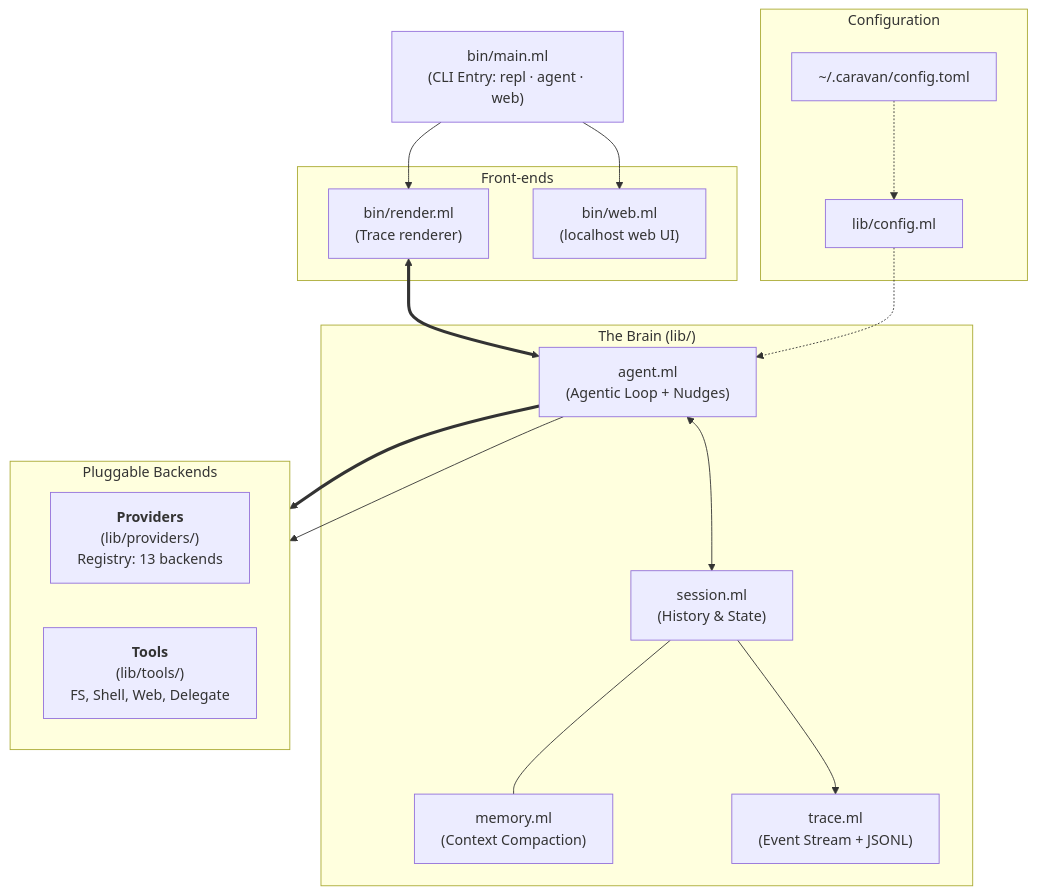
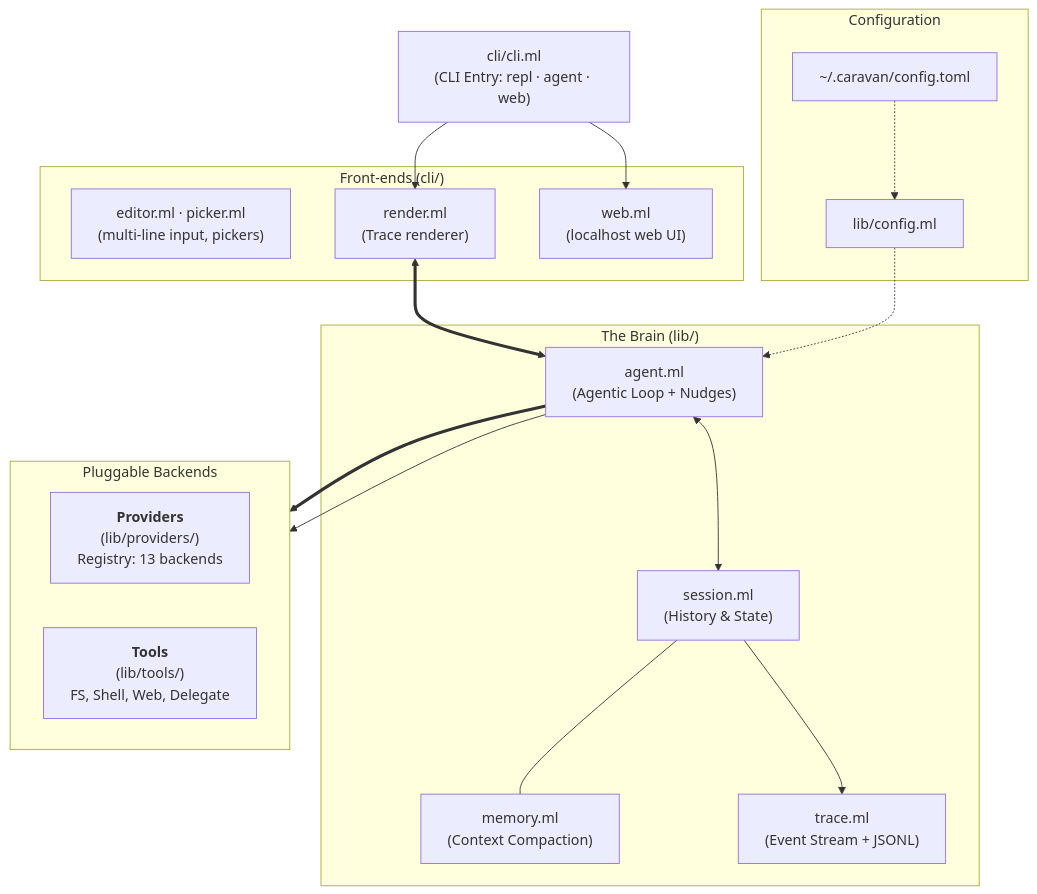
One commit to adukhan99/OrchCaml changed the diagram in README.md. Above: the diagram before and after it, drawn with Mermaid. The commit also changed 16 other files, not shown here.

First line of the commit message:
refactor: front-end becomes a library so the CLI layer is testable

````diff
--- a/README.md
+++ b/README.md
@@ -373,38 +373,39 @@
 ```mermaid
 flowchart TB
-    Entry["bin/main.ml<br/>(CLI Entry: repl · agent · web)"]
+    Entry["cli/cli.ml<br/>(CLI Entry: repl · agent · web)"]
 
-    subgraph UI_Layer ["Front-ends"]
-        Render["bin/render.ml<br/>(Trace renderer)"]
-        WebUI["bin/web.ml<br/>(localhost web UI)"]
+    subgraph UI_Layer ["Front-ends (cli/)"]
+        Editor["editor.ml · picker.ml<br/>(multi-line input, pickers)"]
+        Render["render.ml<br/>(Trace renderer)"]
+        WebUI["web.ml<br/>(localhost web UI)"]
     end
 
     subgraph Orchestrator ["The Brain (lib/)"]
         Agent["agent.ml<br/>(Agentic Loop + Nudges)"]
         Session["session.ml<br/>(History & State)"]
         Memory["memory.ml<br/>(Context Compaction)"]
         Trace["trace.ml<br/>(Event Stream + JSONL)"]
     end
 
     subgraph Interface ["Pluggable Backends"]
         direction LR
         Providers["<b>Providers</b><br/>(lib/providers/)<br/>Registry: 13 backends"]
         Tools["<b>Tools</b><br/>(lib/tools/)<br/>FS, Shell, Web, Delegate"]
     end
 
     subgraph Settings ["Configuration"]
         TOML["~/.caravan/config.toml"]
         Config["lib/config.ml"]
     end
 
     Entry --> Render
     Entry --> WebUI
     Render <==> Agent
     Agent <--> Session
     Session --- Memory
     Session --> Trace
     Agent ==> Providers
     Agent --> Tools
     TOML -.-> Config
     Config -.-> Agent
 ```
````
